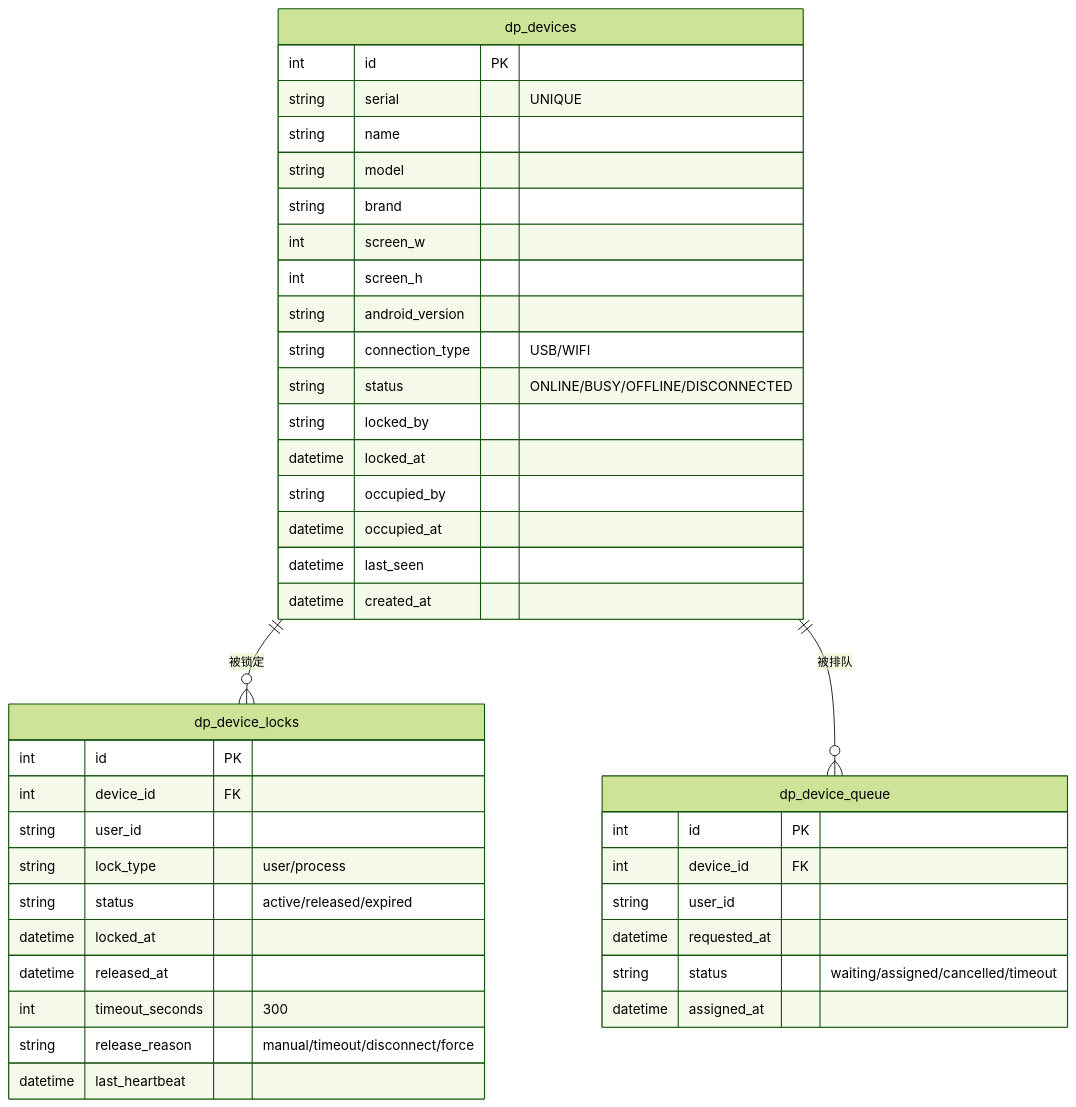
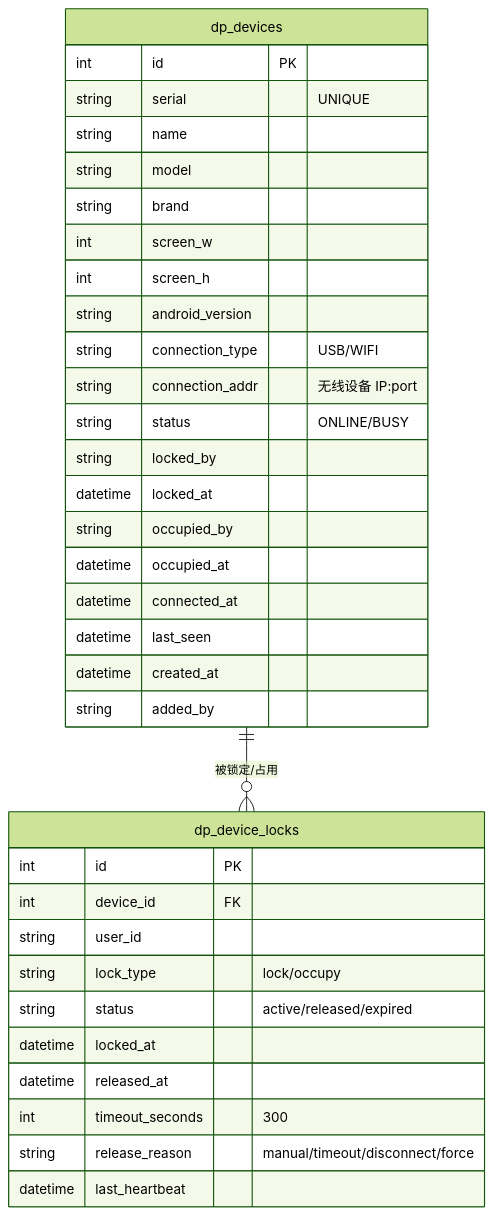
The fifth of 6 diagrams in dev_docs/03-设计与架构/ARCH-02-设备管理.md (Kahoku-lazy/Android-AutoTests), drawn with Mermaid (forest theme) before and after one commit. The commit also changed other lines of this file and 16 other files, not shown here.

````diff
--- a/dev_docs/03-设计与架构/ARCH-02-设备管理.md
+++ b/dev_docs/03-设计与架构/ARCH-02-设备管理.md
@@ -306,46 +292,39 @@
 ```mermaid
 erDiagram
-    dp_devices ||--o{ dp_device_locks : "被锁定"
-    dp_devices ||--o{ dp_device_queue : "被排队"
+    dp_devices ||--o{ dp_device_locks : "被锁定/占用"
 
     dp_devices {
         int id PK
         string serial "UNIQUE"
         string name
         string model
         string brand
         int screen_w
         int screen_h
         string android_version
         string connection_type "USB/WIFI"
-        string status "ONLINE/BUSY/OFFLINE/DISCONNECTED"
+        string connection_addr "无线设备 IP:port"
+        string status "ONLINE/BUSY"
         string locked_by
         datetime locked_at
         string occupied_by
         datetime occupied_at
+        datetime connected_at
         datetime last_seen
         datetime created_at
+        string added_by
     }
 
     dp_device_locks {
         int id PK
         int device_id FK
         string user_id
-        string lock_type "user/process"
+        string lock_type "lock/occupy"
         string status "active/released/expired"
         datetime locked_at
         datetime released_at
         int timeout_seconds "300"
         string release_reason "manual/timeout/disconnect/force"
         datetime last_heartbeat
     }
-
-    dp_device_queue {
-        int id PK
-        int device_id FK
-        string user_id
-        datetime requested_at
-        string status "waiting/assigned/cancelled/timeout"
-        datetime assigned_at
-    }
 ```
````
